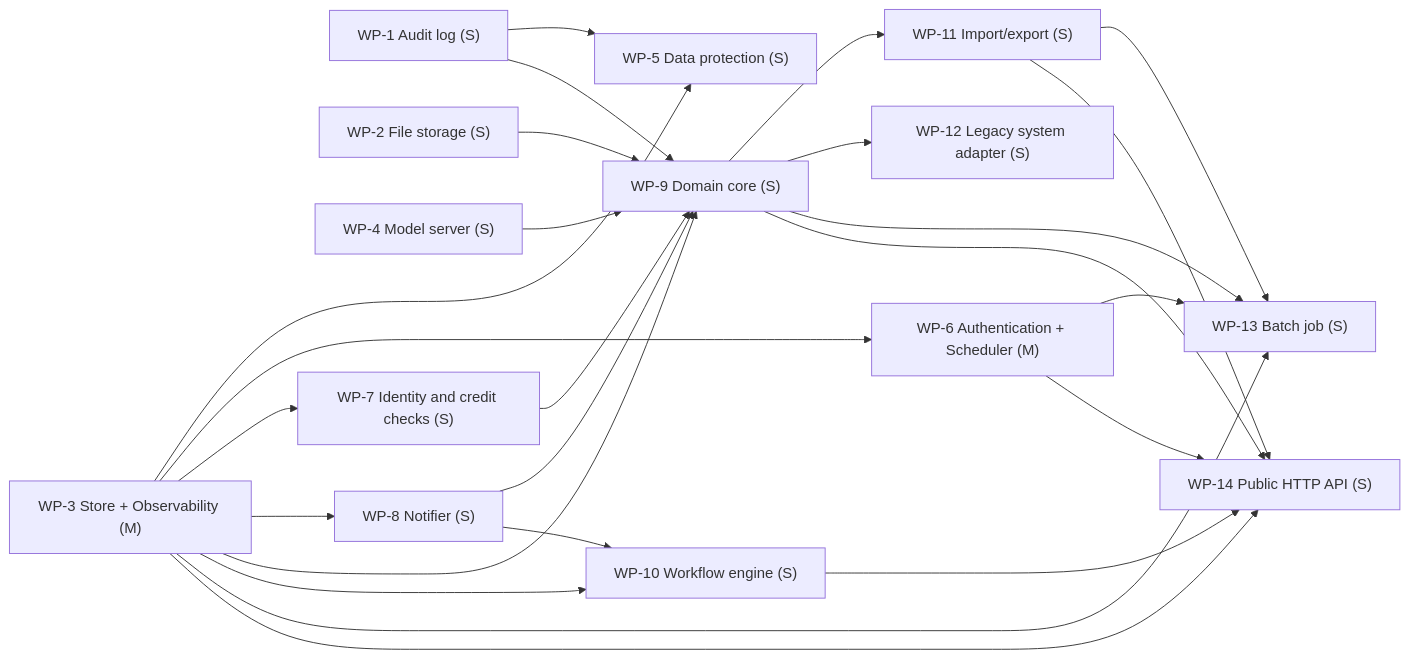
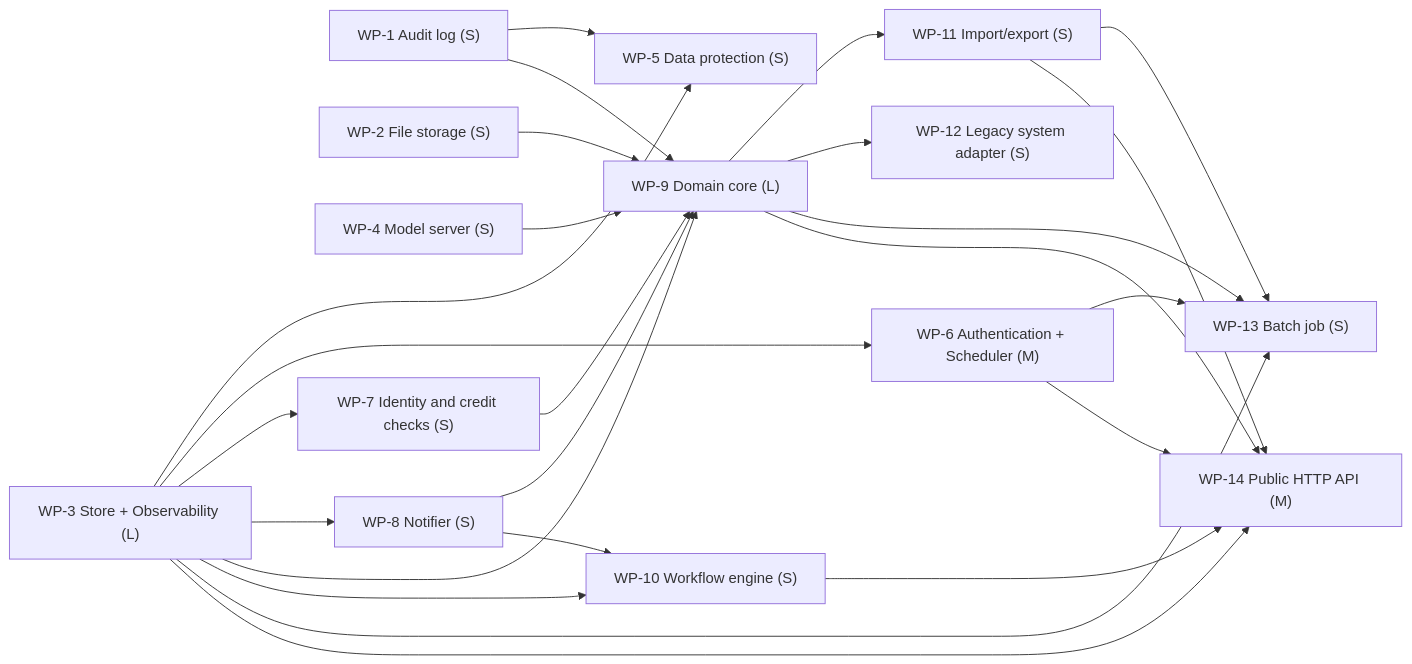
The sixth of 6 diagrams in examples/eval2/loans.DESIGN.md (yui9696/sekkei), drawn with Mermaid before and after one commit. The commit also changed other lines of this file and 39 other files, not shown here.

````diff
--- a/examples/eval2/loans.DESIGN.md
+++ b/examples/eval2/loans.DESIGN.md
@@ -1019,41 +1002,41 @@
 ```mermaid
 graph LR
   WP_1["WP-1 Audit log (S)"]
   WP_2["WP-2 File storage (S)"]
-  WP_3["WP-3 Store + Observability (M)"]
+  WP_3["WP-3 Store + Observability (L)"]
   WP_4["WP-4 Model server (S)"]
   WP_5["WP-5 Data protection (S)"]
   WP_6["WP-6 Authentication + Scheduler (M)"]
   WP_7["WP-7 Identity and credit checks (S)"]
   WP_8["WP-8 Notifier (S)"]
-  WP_9["WP-9 Domain core (S)"]
+  WP_9["WP-9 Domain core (L)"]
   WP_10["WP-10 Workflow engine (S)"]
   WP_11["WP-11 Import/export (S)"]
   WP_12["WP-12 Legacy system adapter (S)"]
   WP_13["WP-13 Batch job (S)"]
-  WP_14["WP-14 Public HTTP API (S)"]
+  WP_14["WP-14 Public HTTP API (M)"]
   WP_1 --> WP_5
   WP_3 --> WP_5
   WP_3 --> WP_6
   WP_3 --> WP_7
   WP_3 --> WP_8
   WP_1 --> WP_9
   WP_2 --> WP_9
   WP_3 --> WP_9
   WP_4 --> WP_9
   WP_7 --> WP_9
   WP_8 --> WP_9
   WP_3 --> WP_10
   WP_8 --> WP_10
   WP_9 --> WP_11
   WP_9 --> WP_12
   WP_3 --> WP_13
   WP_6 --> WP_13
   WP_9 --> WP_13
   WP_11 --> WP_13
   WP_3 --> WP_14
   WP_6 --> WP_14
   WP_9 --> WP_14
   WP_10 --> WP_14
   WP_11 --> WP_14
 ```
````
